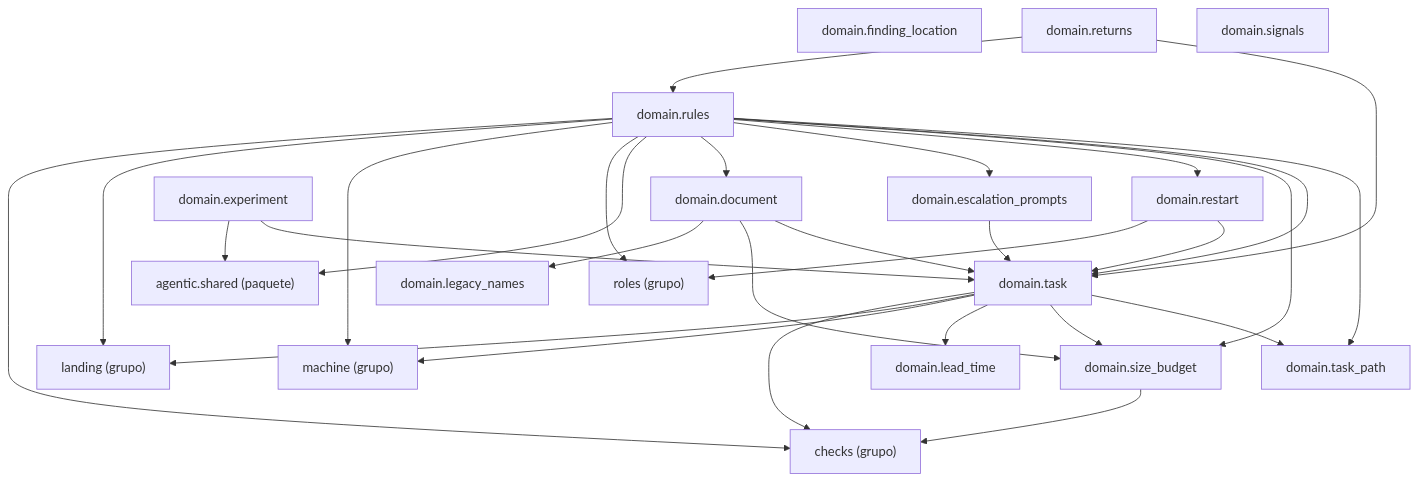
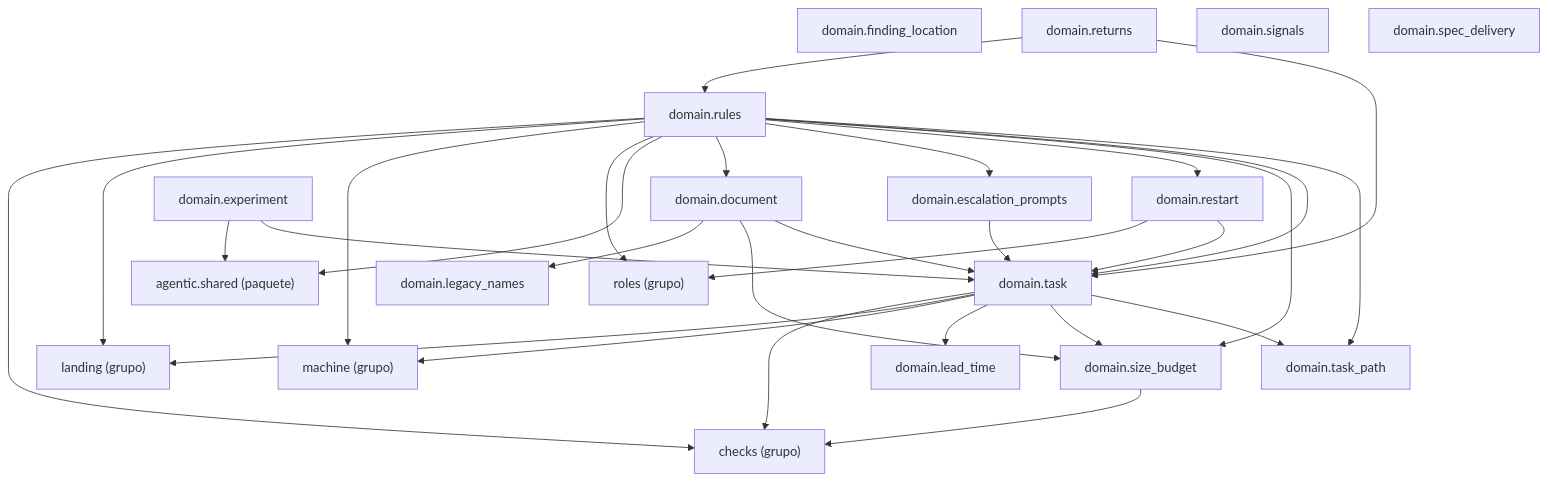
Before and after one commit to GonzaloZevallos/agentic-system: the diagram in docs/architecture/generated/packages-process-domain-state.md, drawn with Mermaid. The commit also changed 14 other files, not shown here.

````diff
--- a/docs/architecture/generated/packages-process-domain-state.md
+++ b/docs/architecture/generated/packages-process-domain-state.md
@@ -11,49 +11,50 @@
 ```mermaid
 graph TD
     g_domain__checks["checks (grupo)"]
     g_domain__landing["landing (grupo)"]
     g_domain__machine["machine (grupo)"]
     g_domain__roles["roles (grupo)"]
     g_pkg__agentic__shared["agentic.shared (paquete)"]
     m_domain__document["domain.document"]
     m_domain__escalation_prompts["domain.escalation_prompts"]
     m_domain__experiment["domain.experiment"]
     m_domain__finding_location["domain.finding_location"]
     m_domain__lead_time["domain.lead_time"]
     m_domain__legacy_names["domain.legacy_names"]
     m_domain__restart["domain.restart"]
     m_domain__returns["domain.returns"]
     m_domain__rules["domain.rules"]
     m_domain__signals["domain.signals"]
     m_domain__size_budget["domain.size_budget"]
+    m_domain__spec_delivery["domain.spec_delivery"]
     m_domain__task["domain.task"]
     m_domain__task_path["domain.task_path"]
     m_domain__document --> m_domain__legacy_names
     m_domain__document --> m_domain__size_budget
     m_domain__document --> m_domain__task
     m_domain__escalation_prompts --> m_domain__task
     m_domain__experiment --> g_pkg__agentic__shared
     m_domain__experiment --> m_domain__task
     m_domain__restart --> g_domain__roles
     m_domain__restart --> m_domain__task
     m_domain__returns --> m_domain__rules
     m_domain__returns --> m_domain__task
     m_domain__rules --> g_domain__checks
     m_domain__rules --> g_domain__landing
     m_domain__rules --> g_domain__machine
     m_domain__rules --> g_domain__roles
     m_domain__rules --> g_pkg__agentic__shared
     m_domain__rules --> m_domain__document
     m_domain__rules --> m_domain__escalation_prompts
     m_domain__rules --> m_domain__restart
     m_domain__rules --> m_domain__size_budget
     m_domain__rules --> m_domain__task
     m_domain__rules --> m_domain__task_path
     m_domain__size_budget --> g_domain__checks
     m_domain__task --> g_domain__checks
     m_domain__task --> g_domain__landing
     m_domain__task --> g_domain__machine
     m_domain__task --> m_domain__lead_time
     m_domain__task --> m_domain__size_budget
     m_domain__task --> m_domain__task_path
 ```
````
